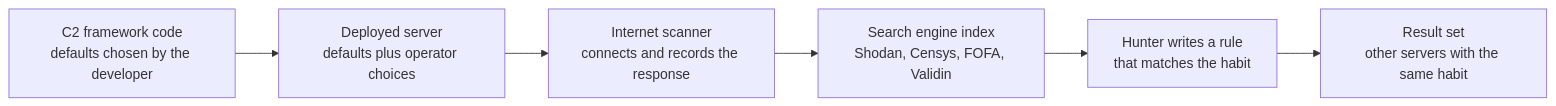
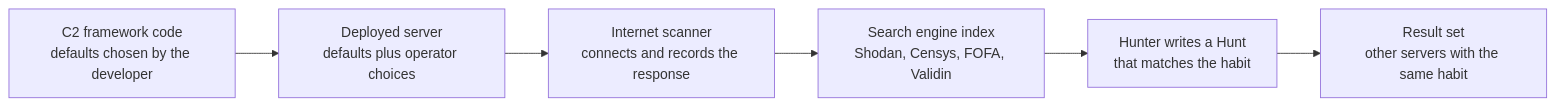
One commit to MuhapYahia0X2/Venom changed the first of 9 diagrams in _posts/2026-10-06-infrastructure-hunting-mindset.md. Above: the diagram before and after it, drawn with Mermaid. The commit also changed other lines of this file and 18 other files, not shown here.

````diff
--- a/_posts/2026-10-06-infrastructure-hunting-mindset.md
+++ b/_posts/2026-10-06-infrastructure-hunting-mindset.md
@@ -51,8 +51,8 @@
 ```mermaid
 flowchart LR
  A["C2 framework code<br/>defaults chosen by the developer"] --> B["Deployed server<br/>defaults plus operator choices"]
  B --> C["Internet scanner<br/>connects and records the response"]
  C --> D["Search engine index<br/>Shodan, Censys, FOFA, Validin"]
- D --> E["Hunter writes a rule<br/>that matches the habit"]
+ D --> E["Hunter writes a Hunt <br/>that matches the habit"]
  E --> F["Result set<br/>other servers with the same habit"]
 ```
````
